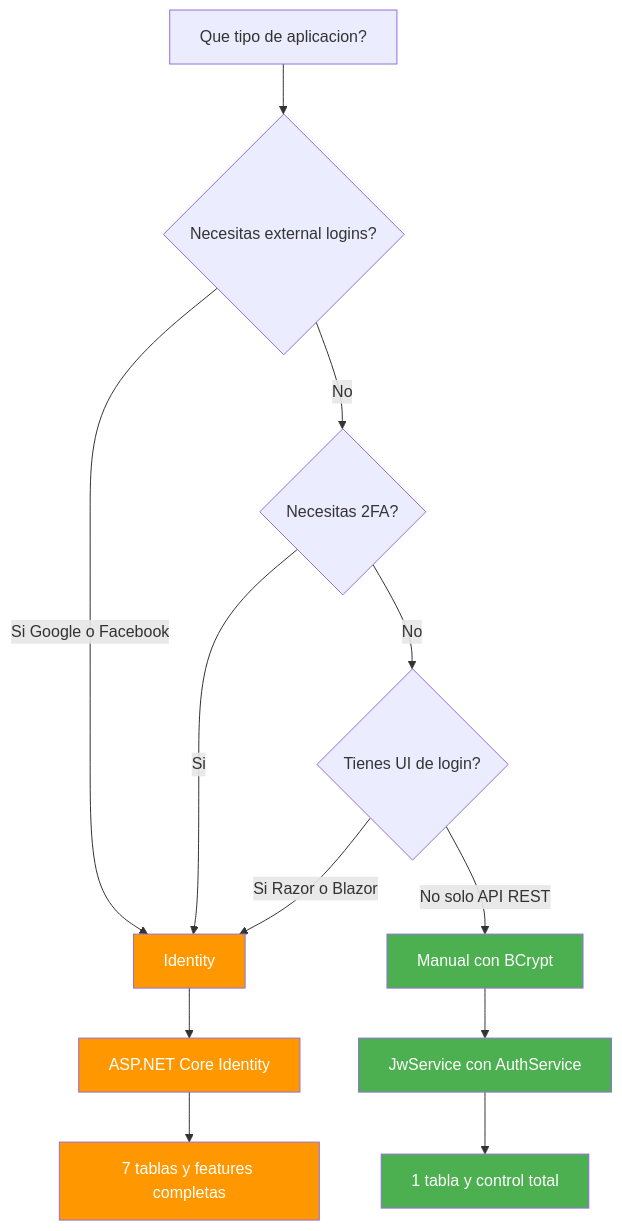
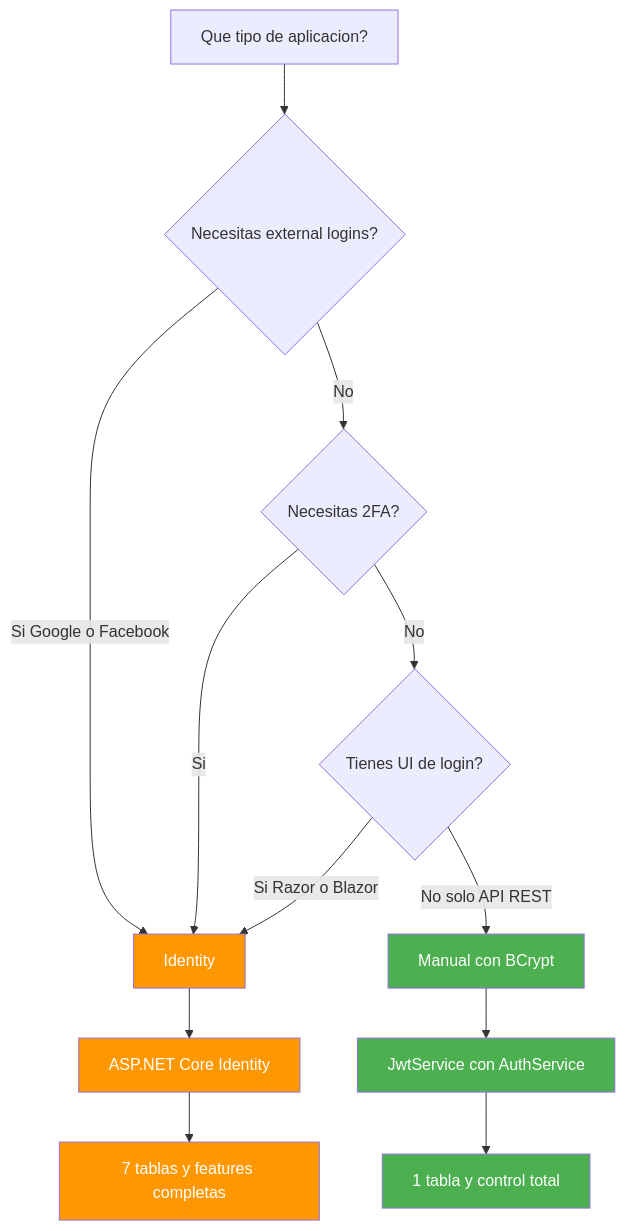
Before and after one commit to joseluisgs/DesarrolloWebEntornosServidor-02-2026-2027: diagram 15 of 15 in 16-autenticacion.md, drawn with Mermaid. The commit also changed other lines of this file and 33 other files, not shown here.

````diff
--- a/16-autenticacion.md
+++ b/16-autenticacion.md
@@ -1462,21 +1501,21 @@
 ```mermaid
 flowchart TD
     A[Que tipo de aplicacion?] --> B{Necesitas external logins?}
     B -->|Si Google o Facebook| C[Identity]
     B -->|No| D{Necesitas 2FA?}
     D -->|Si| C
     D -->|No| E{Tienes UI de login?}
     E -->|Si Razor o Blazor| C
     E -->|No solo API REST| F[Manual con BCrypt]
     C --> G[ASP.NET Core Identity]
-    F --> H[JwService con AuthService]
+    F --> H[JwtService con AuthService]
     G --> I[7 tablas y features completas]
     H --> J[1 tabla y control total]
 
     style C fill:#FF9800,color:#fff
     style F fill:#4CAF50,color:#fff
     style G fill:#FF9800,color:#fff
     style H fill:#4CAF50,color:#fff
     style I fill:#FF9800,color:#fff
     style J fill:#4CAF50,color:#fff
 ```
````
